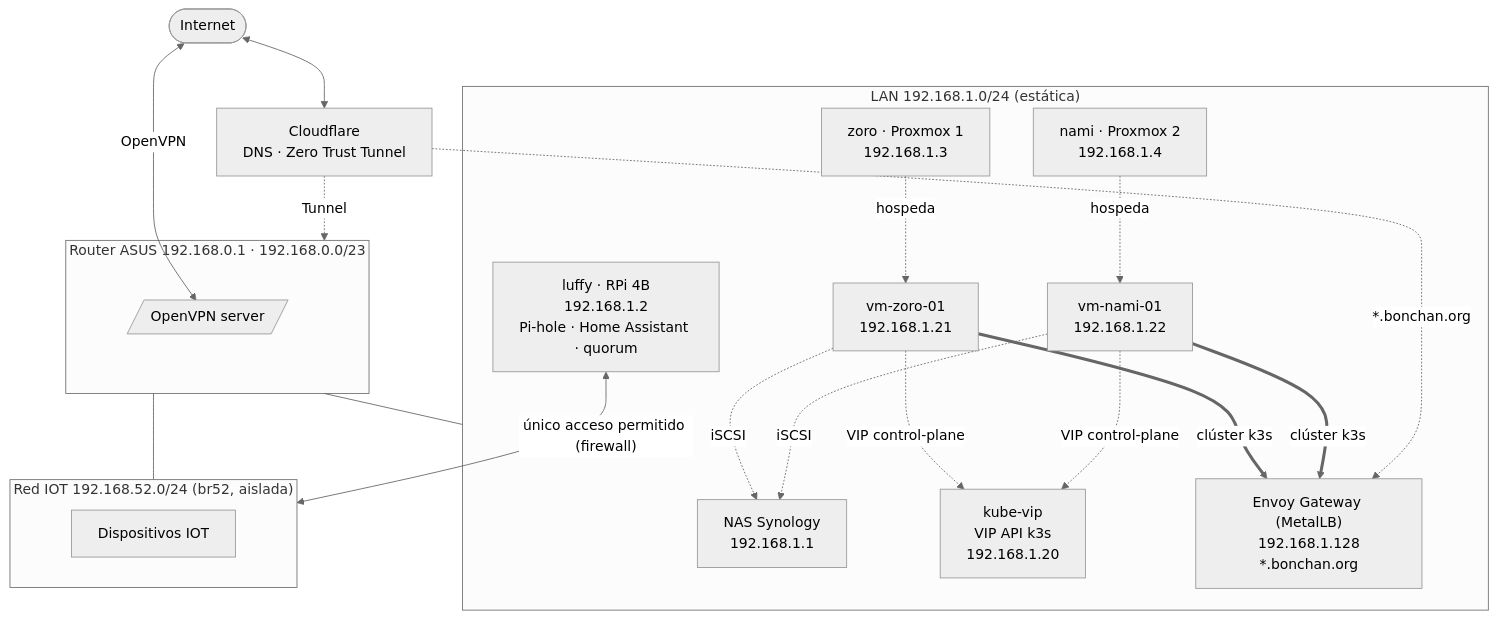
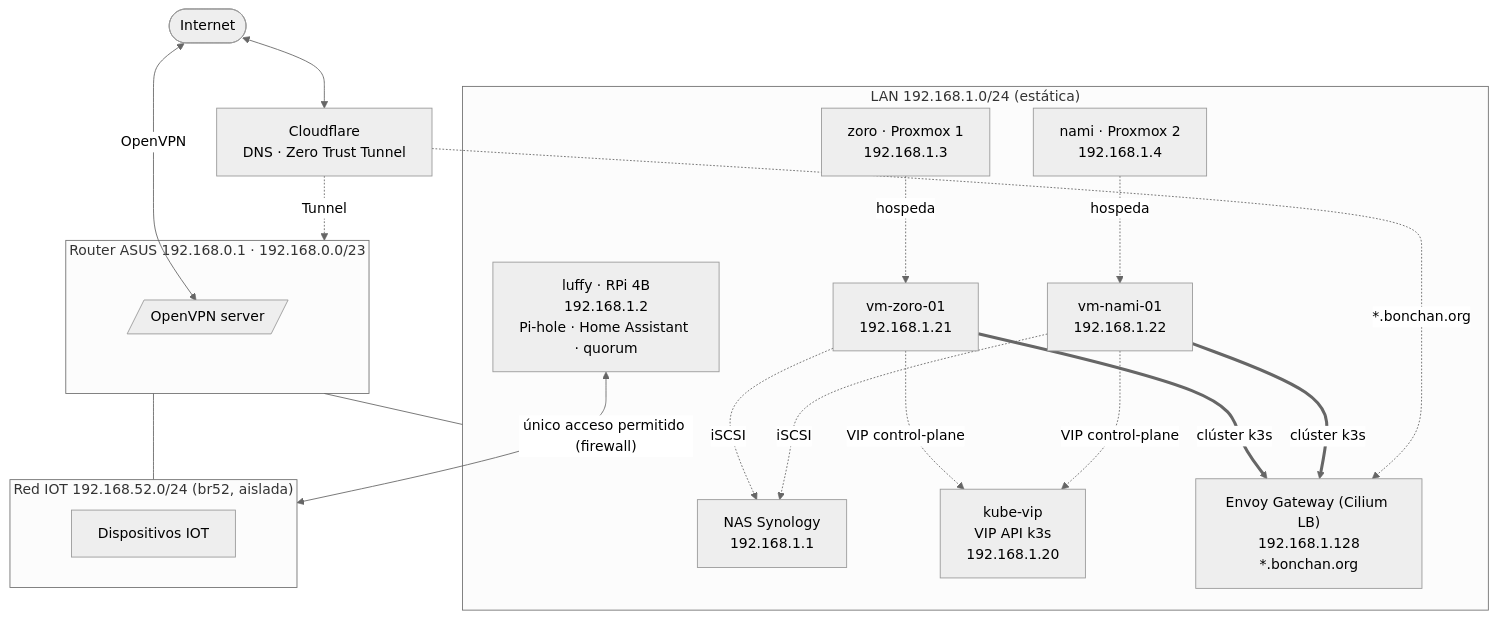
The first of 2 diagrams in README.md (Jasviers/homelab), drawn with Mermaid (neutral theme) before and after one commit. The commit also changed other lines of this file and 5 other files, not shown here.

````diff
--- a/README.md
+++ b/README.md
@@ -95,38 +96,38 @@
 ```mermaid
 flowchart TB
     internet([Internet])
     cf[Cloudflare<br/>DNS · Zero Trust Tunnel]
     internet <--> cf
 
     subgraph asus["Router ASUS 192.168.0.1 · 192.168.0.0/23"]
         vpn[/OpenVPN server/]
     end
     internet <-->|OpenVPN| vpn
     cf -.->|Tunnel| asus
 
     subgraph lan["LAN 192.168.1.0/24 (estática)"]
         nas["NAS Synology<br/>192.168.1.1"]
         luffy["luffy · RPi 4B<br/>192.168.1.2<br/>Pi-hole · Home Assistant · quorum"]
         zoro["zoro · Proxmox 1<br/>192.168.1.3"]
         nami["nami · Proxmox 2<br/>192.168.1.4"]
         vm1["vm-zoro-01<br/>192.168.1.21"]
         vm2["vm-nami-01<br/>192.168.1.22"]
         kvip["kube-vip<br/>VIP API k3s<br/>192.168.1.20"]
-        gw["Envoy Gateway (MetalLB)<br/>192.168.1.128<br/>*.bonchan.org"]
+        gw["Envoy Gateway (Cilium LB)<br/>192.168.1.128<br/>*.bonchan.org"]
     end
 
     asus --- lan
     zoro -.->|hospeda| vm1
     nami -.->|hospeda| vm2
     vm1 & vm2 ==>|clúster k3s| gw
     vm1 & vm2 -.->|VIP control-plane| kvip
     vm1 & vm2 -.->|iSCSI| nas
 
     subgraph iot["Red IOT 192.168.52.0/24 (br52, aislada)"]
         dispositivos["Dispositivos IOT"]
     end
     asus --- iot
     luffy <-->|"único acceso permitido (firewall)"| iot
 
     cf -.->|*.bonchan.org| gw
 ```
````
